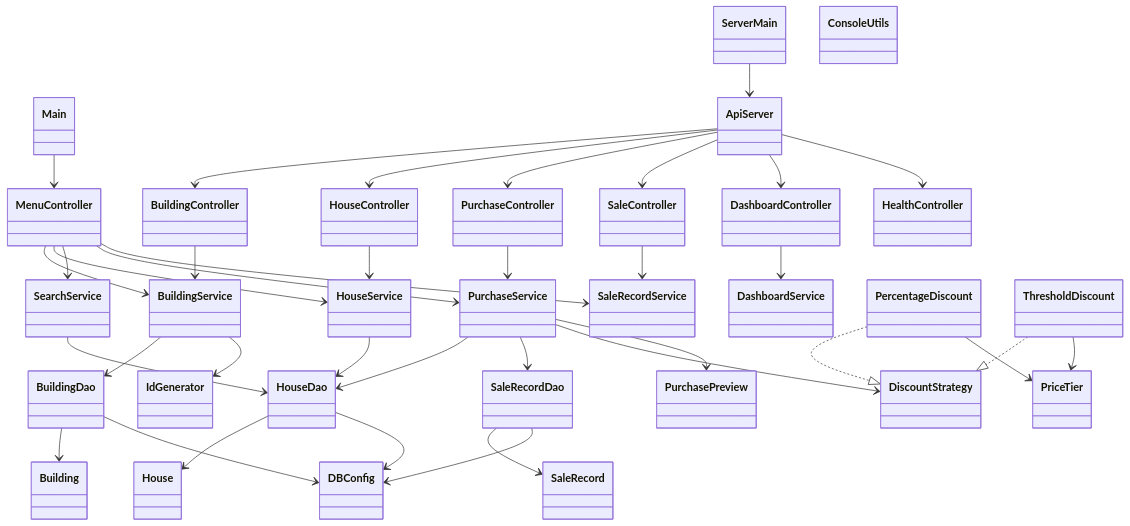
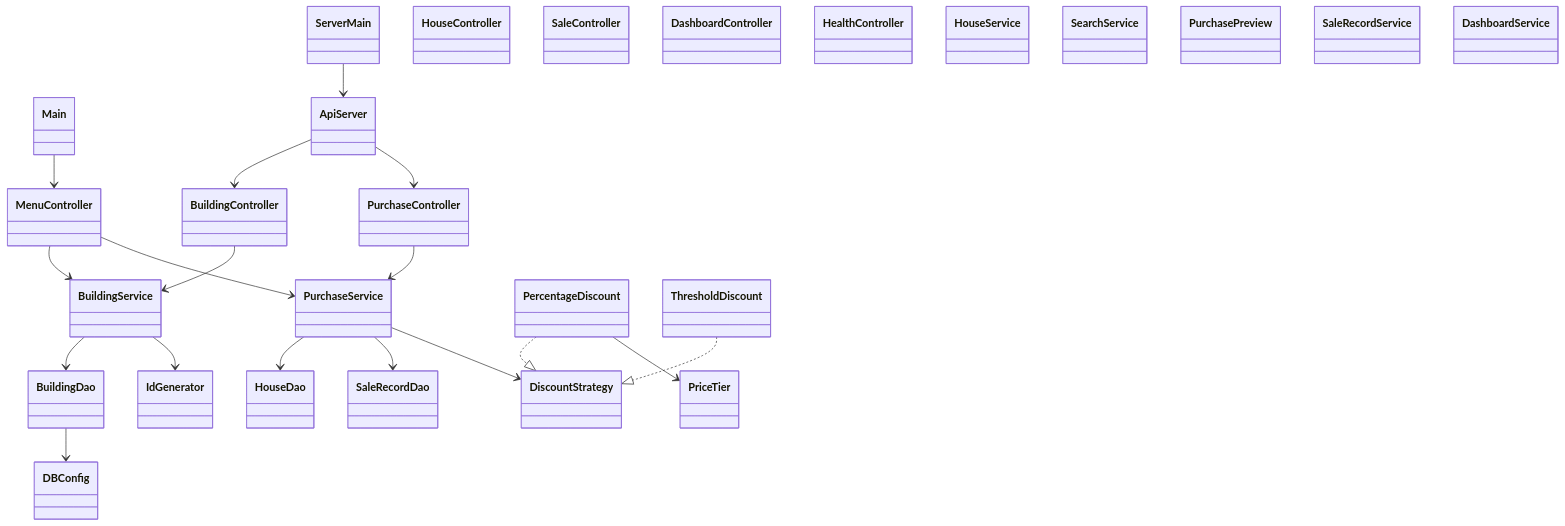
One commit to NorthBridgeAthlon64/Building_ManOS changed the third of 5 diagrams in docs/report/大作业报告.md. Above: the diagram before and after it, drawn with Mermaid. The commit also changed other lines of this file and 3 other files, not shown here.

````diff
--- a/docs/report/大作业报告.md
+++ b/docs/report/大作业报告.md
@@ -62,70 +311,47 @@
 ```mermaid
 classDiagram
     direction TB
     class Main
     class ServerMain
     class MenuController
-    class ConsoleUtils
     class ApiServer
     class BuildingController
     class HouseController
     class PurchaseController
     class SaleController
     class DashboardController
     class HealthController
     class BuildingService
     class HouseService
     class SearchService
     class PurchaseService
     class PurchasePreview
     class SaleRecordService
     class DashboardService
     class BuildingDao
     class HouseDao
     class SaleRecordDao
-    class Building
-    class House
-    class SaleRecord
     class DiscountStrategy
     class PercentageDiscount
     class ThresholdDiscount
     class PriceTier
     class DBConfig
     class IdGenerator
     Main --> MenuController
     ServerMain --> ApiServer
     MenuController --> BuildingService
-    MenuController --> HouseService
-    MenuController --> SearchService
     MenuController --> PurchaseService
-    MenuController --> SaleRecordService
     ApiServer --> BuildingController
-    ApiServer --> HouseController
     ApiServer --> PurchaseController
-    ApiServer --> SaleController
-    ApiServer --> DashboardController
-    ApiServer --> HealthController
     BuildingController --> BuildingService
-    HouseController --> HouseService
     PurchaseController --> PurchaseService
-    SaleController --> SaleRecordService
-    DashboardController --> DashboardService
     BuildingService --> BuildingDao
-    HouseService --> HouseDao
-    SearchService --> HouseDao
     PurchaseService --> HouseDao
     PurchaseService --> SaleRecordDao
     PurchaseService --> DiscountStrategy
-    PurchaseService --> PurchasePreview
     PercentageDiscount ..|> DiscountStrategy
     ThresholdDiscount ..|> DiscountStrategy
     PercentageDiscount --> PriceTier
-    ThresholdDiscount --> PriceTier
-    BuildingDao --> Building
-    HouseDao --> House
-    SaleRecordDao --> SaleRecord
     BuildingDao --> DBConfig
-    HouseDao --> DBConfig
-    SaleRecordDao --> DBConfig
     BuildingService --> IdGenerator
 ```
````
